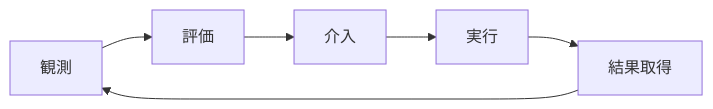
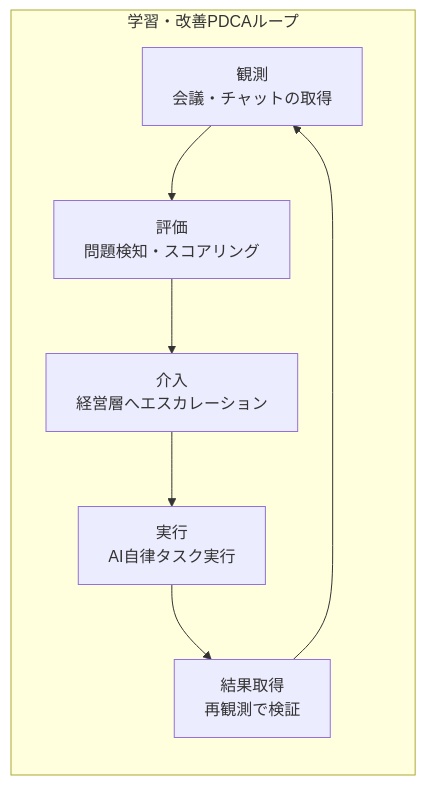
Before and after one commit to killertcell428/Helm: the first of 7 diagrams in docs/ZENN記事_v04.md, drawn with Mermaid. The commit also changed other lines of this file and 12 other files, not shown here.

````diff
--- a/docs/ZENN記事_v04.md
+++ b/docs/ZENN記事_v04.md
@@ -104,8 +104,11 @@
 ```mermaid
 flowchart LR
-    A[観測] --> B[評価]
-    B --> C[介入]
-    C --> D[実行]
-    D --> E[結果取得]
-    E --> A
+    subgraph LOOP["学習・改善PDCAループ"]
+        A[観測<br/>会議・チャットの取得]
+        B[評価<br/>問題検知・スコアリング]
+        C[介入<br/>経営層へエスカレーション]
+        D[実行<br/>AI自律タスク実行]
+        E[結果取得<br/>再観測で検証]
+    end
+    A --> B --> C --> D --> E --> A
 ```
````
